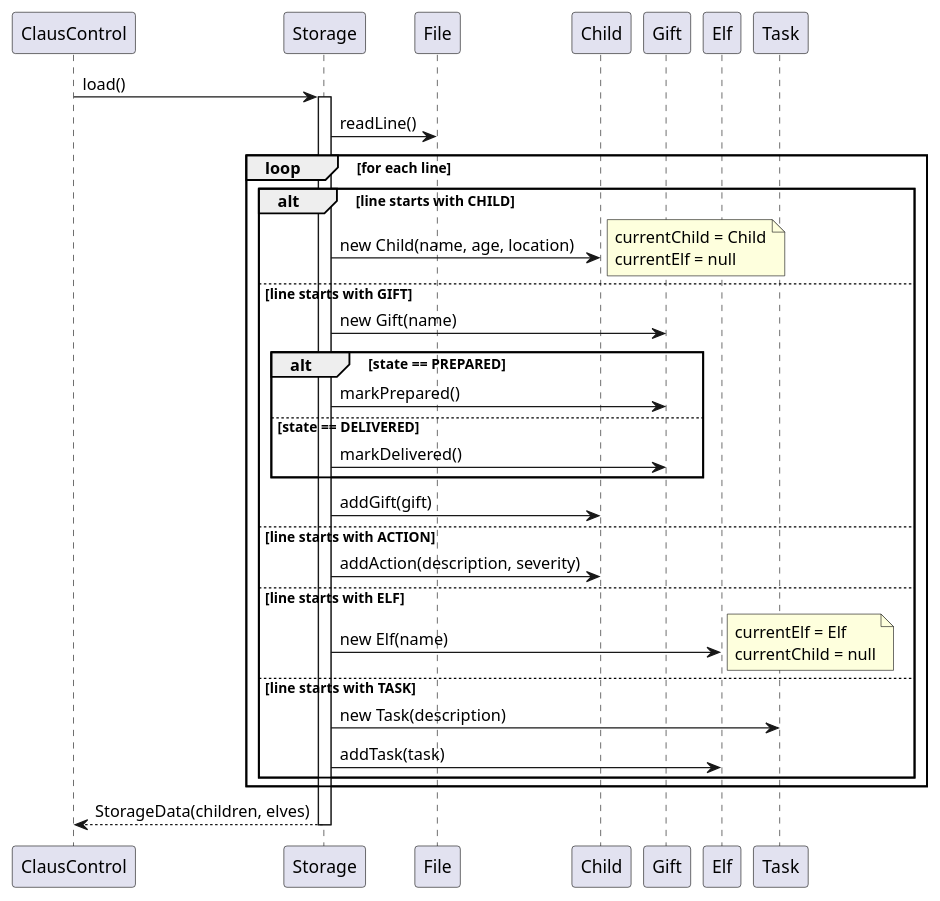
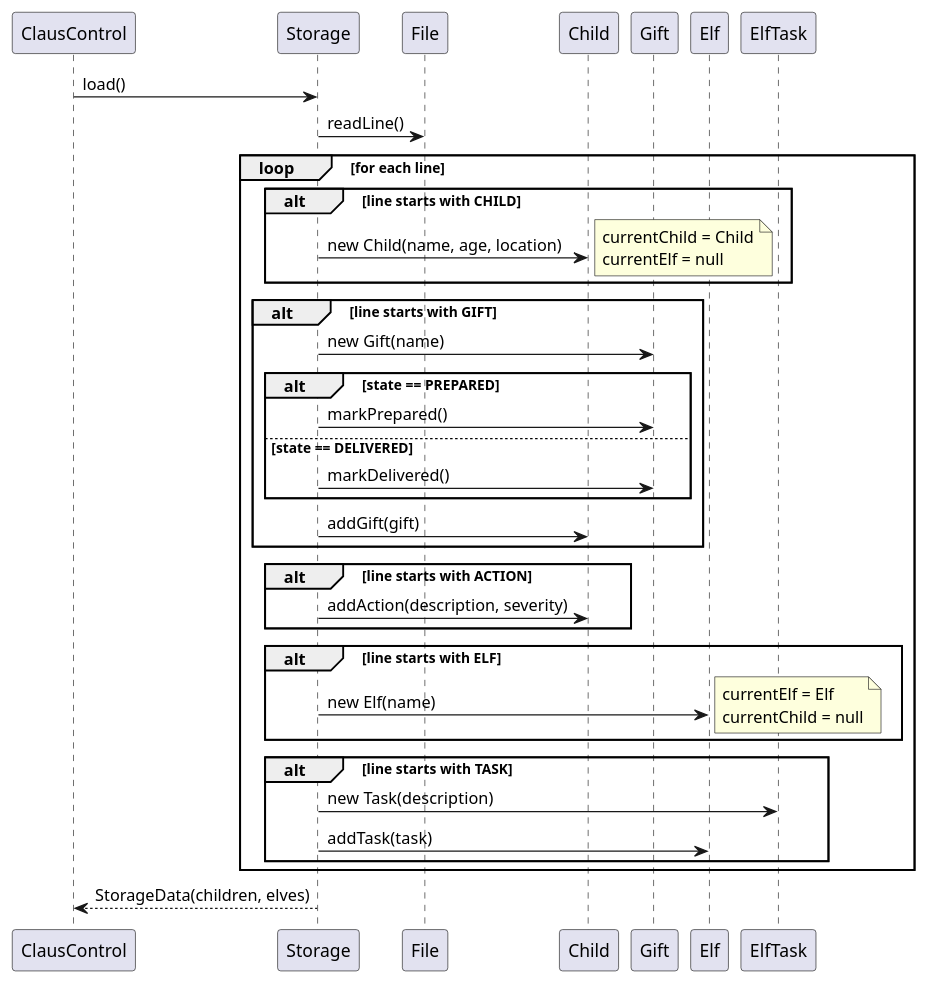
Before and after one commit to prerana-r11/tp: the diagram in docs/diagrams/StorageSequenceDiagram.puml, drawn with PlantUML. The commit also changed 5 other files, not shown here.

```diff
--- a/docs/diagrams/StorageSequenceDiagram.puml
+++ b/docs/diagrams/StorageSequenceDiagram.puml
@@ -1,51 +1,57 @@
 @startuml
 
-participant ClausControl
+participant "ClausControl" as App
 participant Storage
 participant File
 participant Child
 participant Gift
 participant Elf
-participant Task
+participant ElfTask as Task
 
-ClausControl -> Storage : load()
-activate Storage
-
+App -> Storage : load()
 Storage -> File : readLine()
 
 loop for each line
 
     alt line starts with CHILD
         Storage -> Child : new Child(name, age, location)
-        note right: currentChild = Child\ncurrentElf = null
+        note right
+        currentChild = Child
+        currentElf = null
+        end note
+    end
 
-    else line starts with GIFT
+    alt line starts with GIFT
         Storage -> Gift : new Gift(name)
 
         alt state == PREPARED
             Storage -> Gift : markPrepared()
         else state == DELIVERED
             Storage -> Gift : markDelivered()
         end
 
         Storage -> Child : addGift(gift)
+    end
 
-    else line starts with ACTION
+    alt line starts with ACTION
         Storage -> Child : addAction(description, severity)
+    end
 
-    else line starts with ELF
+    alt line starts with ELF
         Storage -> Elf : new Elf(name)
-        note right: currentElf = Elf\ncurrentChild = null
+        note right
+        currentElf = Elf
+        currentChild = null
+        end note
+    end
 
-    else line starts with TASK
+    alt line starts with TASK
         Storage -> Task : new Task(description)
         Storage -> Elf : addTask(task)
-
     end
 
 end
 
-Storage --> ClausControl : StorageData(children, elves)
-deactivate Storage
+Storage --> App : StorageData(children, elves)
 
 @enduml
```
